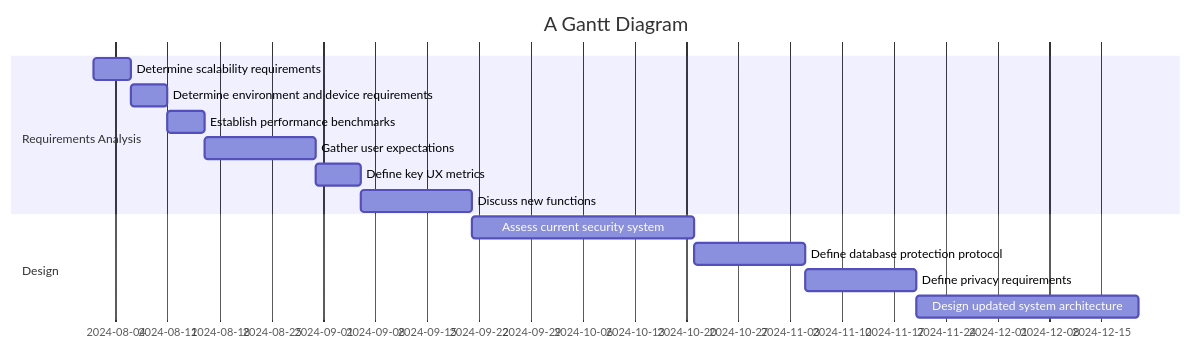
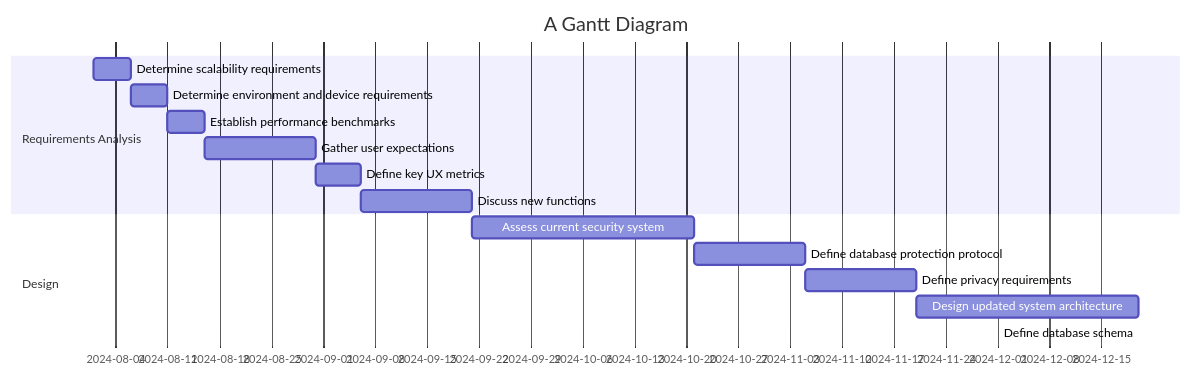
The diagram in all/Untitled.md (sayshelley/iodraw-files), drawn with Mermaid before and after one commit.

Commit message:
2024-10-04 22:41:16 update

````diff
--- a/all/Untitled.md
+++ b/all/Untitled.md
@@ -1,22 +1,22 @@
 ```mermaid
 gantt
     title A Gantt Diagram
     dateFormat  YYYY-MM-DD
     section Requirements Analysis
     Determine scalability requirements :a1, 2024-08-01, 5d
     Determine environment and device requirements :a2, after a1, 5d
     Establish performance benchmarks: a3, after a2, 5d
     Gather user expectations: a4, after a3, 15d
     Define key UX metrics : a5, after a4, 6d
     Discuss new functions: a6, after a5, 15d
     section Design
     Assess current security system:b1, after a6, 30d
     Define database protection protocol: b2, after b1, 15d
     Define privacy requirements: b3, after b2, 15d
     Design updated system architecture: b4, after b3, 30d
-    
+    Define database schema: 
     
 
 
    
 ```
````
